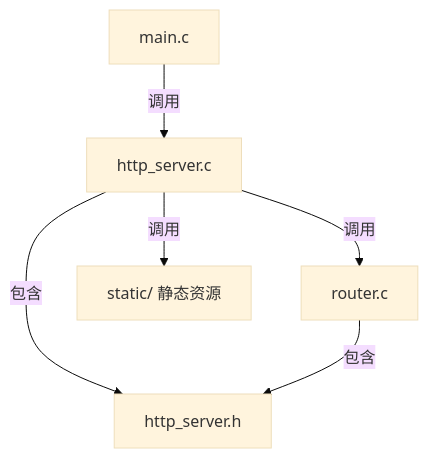
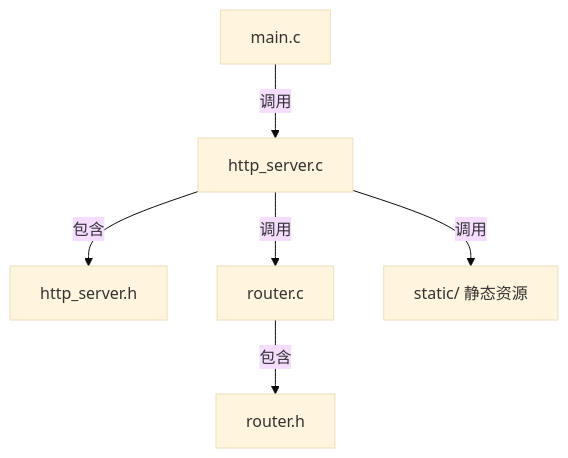
Before and after one commit to iotames/cstudy: the diagram in webserver/README.md, drawn with Mermaid (base theme). The commit also changed other lines of this file and 3 other files, not shown here.

````diff
--- a/webserver/README.md
+++ b/webserver/README.md
@@ -24,8 +24,8 @@
 ```mermaid
 graph TD
     A[main.c] -->|调用| B[http_server.c]
     B -->|包含| C[http_server.h]
     B -->|调用| D[router.c]
-    D -->|包含| C
+    D -->|包含| F[router.h]
     B -->|调用| E[static/ 静态资源]
 ```
````
